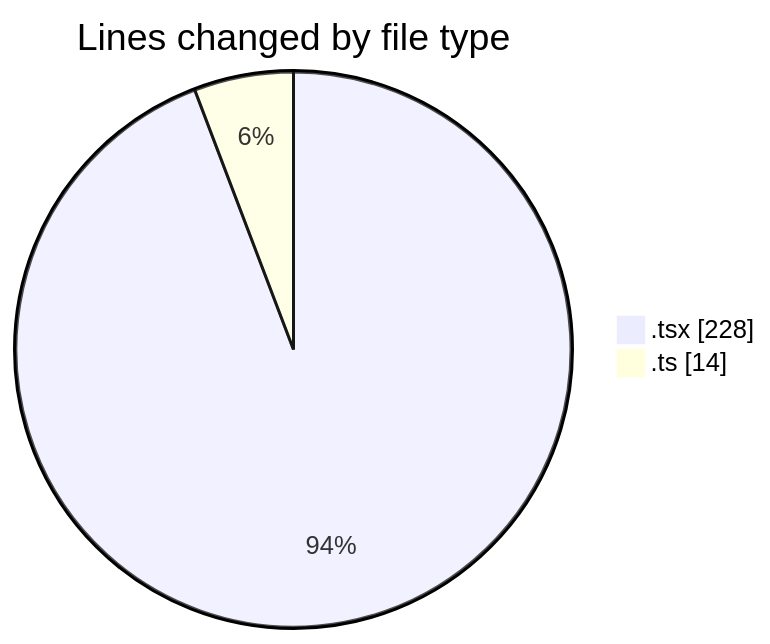
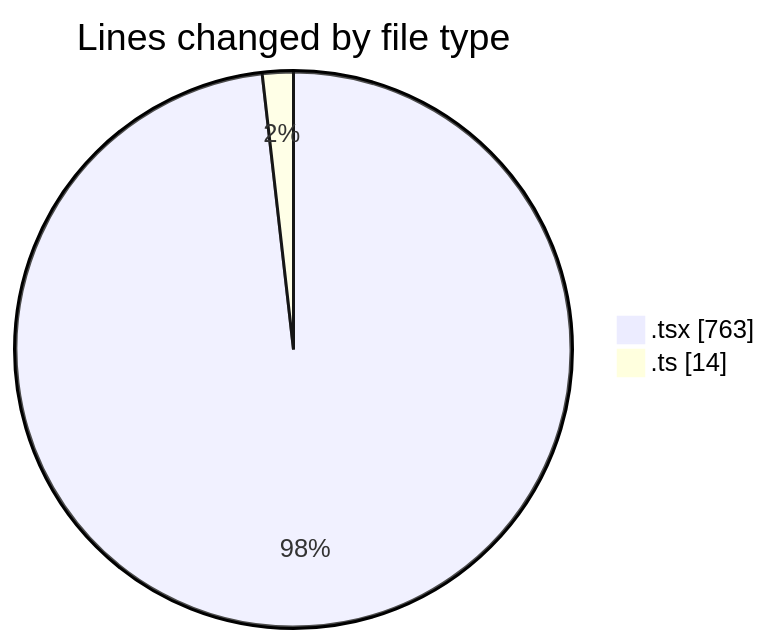
Before and after one commit to robertbonfada/code-tracking: the first of 2 diagrams in 2025-01-10/mbc-web/README.md, drawn with Mermaid. The commit also changed other lines of this file and 1 other file, not shown here.

````diff
--- a/2025-01-10/mbc-web/README.md
+++ b/2025-01-10/mbc-web/README.md
@@ -23,6 +23,6 @@
 ```mermaid
 pie showData
 title Lines changed by file type
-".tsx" : 228
+".tsx" : 763
 ".ts" : 14
 ```
````
